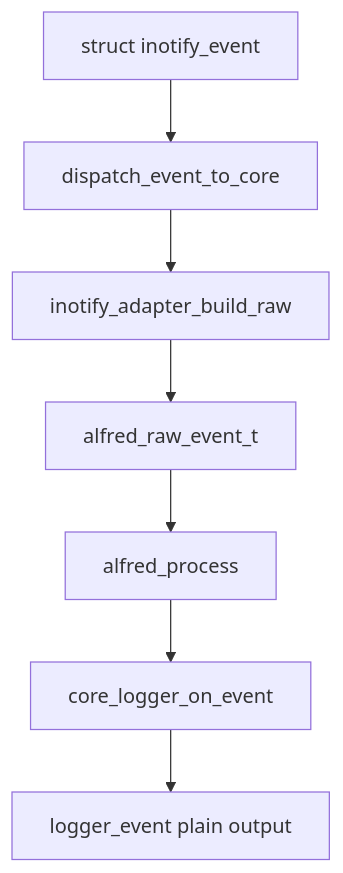
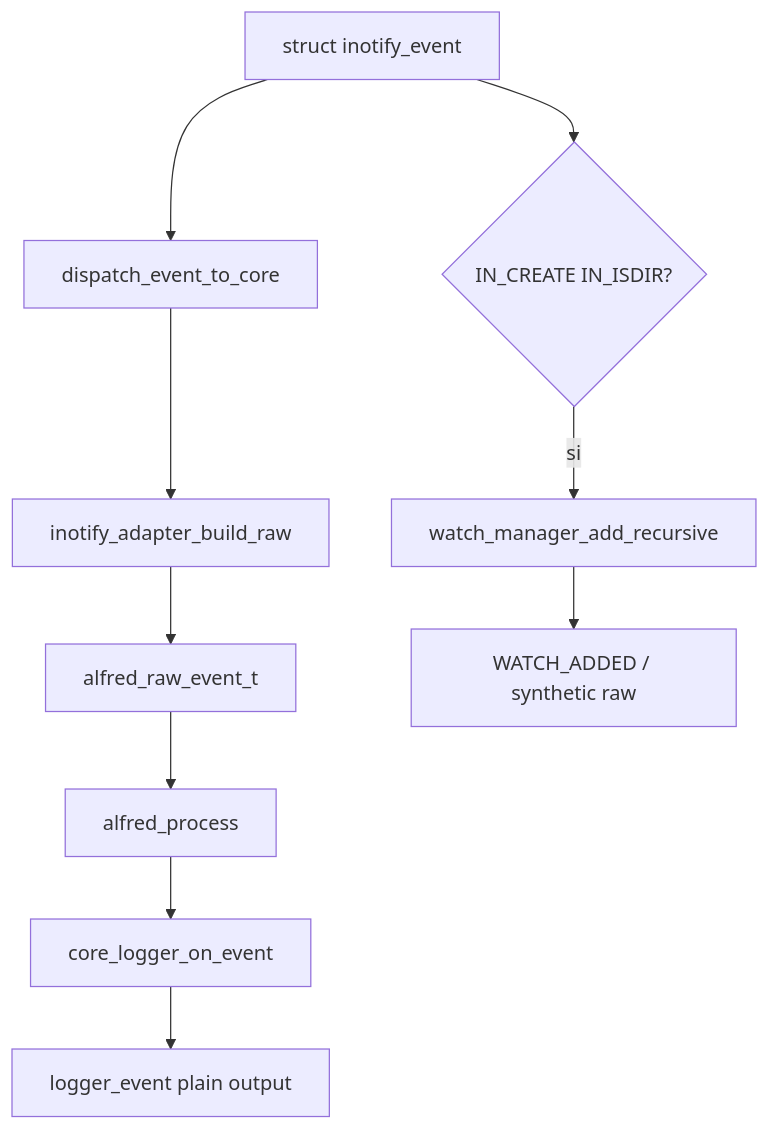
One commit to kinderp/alfred changed the third of 3 diagrams in docs/it/07-flusso-eventi.md. Above: the diagram before and after it, drawn with Mermaid. The commit also changed other lines of this file and 10 other files, not shown here.

````diff
--- a/docs/it/07-flusso-eventi.md
+++ b/docs/it/07-flusso-eventi.md
@@ -59,9 +59,12 @@
 ```mermaid
 flowchart TD
     A[struct inotify_event] --> B[dispatch_event_to_core]
     B --> C[inotify_adapter_build_raw]
     C --> D[alfred_raw_event_t]
     D --> E[alfred_process]
     E --> F[core_logger_on_event]
     F --> G[logger_event plain output]
+    A --> H{IN_CREATE IN_ISDIR?}
+    H -->|si| I[watch_manager_add_recursive]
+    I --> J[WATCH_ADDED / synthetic raw]
 ```
````
